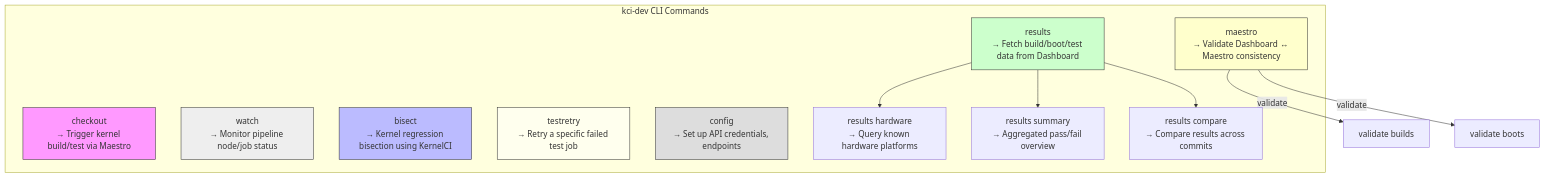
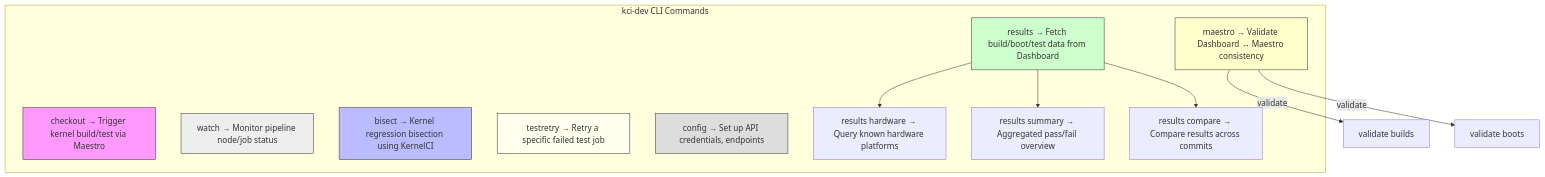
One commit to aliceinwire/presentations changed the diagram in OSSJ_2025/OSSJ_2025_kernelci-cli.md. Above: the diagram before and after it, drawn with Mermaid.

Commit message:
remove new line

```diff
--- a/OSSJ_2025/OSSJ_2025_kernelci-cli.md
+++ b/OSSJ_2025/OSSJ_2025_kernelci-cli.md
@@ -75,27 +75,27 @@
 <div class="mermaid">
   flowchart TD
     subgraph kci-dev CLI Commands
-        checkout["checkout\n→ Trigger kernel build/test via Maestro"]
-        watch["watch\n→ Monitor pipeline node/job status"]
-        results["results\n→ Fetch build/boot/test data from Dashboard"]
-        maestro["maestro\n→ Validate Dashboard ↔ Maestro consistency"]
-        bisect["bisect\n→ Kernel regression bisection using KernelCI"]
-        testretry["testretry\n→ Retry a specific failed test job"]
-        config["config\n→ Set up API credentials, endpoints"]
-        hardware["results hardware\n→ Query known hardware platforms"]
-        summary["results summary\n→ Aggregated pass/fail overview"]
-        compare["results compare\n→ Compare results across commits"]
+        checkout["checkout → Trigger kernel build/test via Maestro"]
+        watch["watch → Monitor pipeline node/job status"]
+        results["results → Fetch build/boot/test data from Dashboard"]
+        maestro["maestro → Validate Dashboard ↔ Maestro consistency"]
+        bisect["bisect → Kernel regression bisection using KernelCI"]
+        testretry["testretry → Retry a specific failed test job"]
+        config["config → Set up API credentials, endpoints"]
+        hardware["results hardware → Query known hardware platforms"]
+        summary["results summary → Aggregated pass/fail overview"]
+        compare["results compare → Compare results across commits"]
     end
     results --> summary
     results --> compare
     results --> hardware
     maestro -->|validate| validateBuilds["validate builds"]
     maestro -->|validate| validateBoots["validate boots"]
     style checkout fill:#f9f,stroke:#333,stroke-width:1px
     style bisect fill:#bbf,stroke:#333,stroke-width:1px
     style results fill:#cfc,stroke:#333,stroke-width:1px
     style maestro fill:#ffc,stroke:#333,stroke-width:1px
     style watch fill:#eee,stroke:#333,stroke-width:1px
     style testretry fill:#ffe,stroke:#333,stroke-width:1px
     style config fill:#ddd,stroke:#333,stroke-width:1px
 </div>
```
